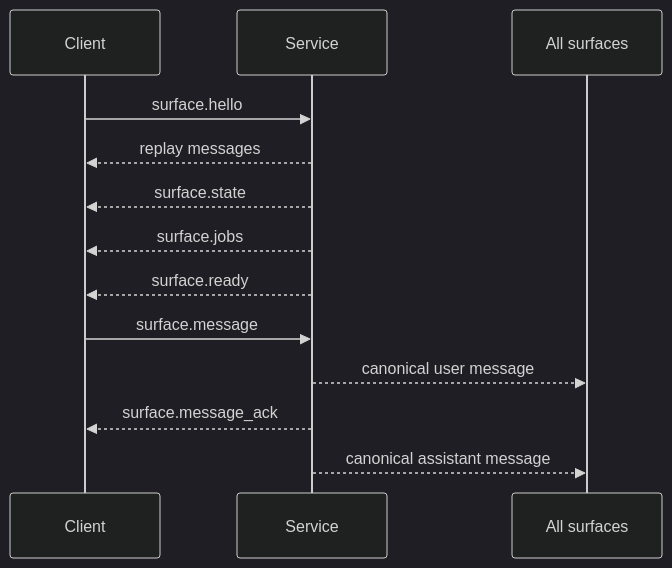
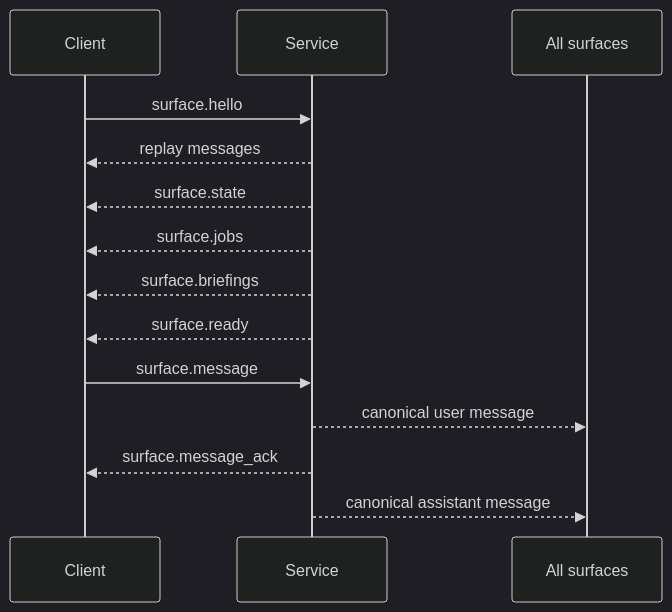
The third of 6 diagrams in docs/src/dev/surfaces.md (alexjercan/scufris2), drawn with Mermaid (dark theme) before and after one commit. The commit also changed other lines of this file and 51 other files, not shown here.

````diff
--- a/docs/src/dev/surfaces.md
+++ b/docs/src/dev/surfaces.md
@@ -62,15 +63,16 @@
 ```mermaid
 sequenceDiagram
     participant Client
     participant Service
     participant Others as All surfaces
     Client->>Service: surface.hello
     Service-->>Client: replay messages
     Service-->>Client: surface.state
     Service-->>Client: surface.jobs
+    Service-->>Client: surface.briefings
     Service-->>Client: surface.ready
     Client->>Service: surface.message
     Service-->>Others: canonical user message
     Service-->>Client: surface.message_ack
     Service-->>Others: canonical assistant message
 ```
````
